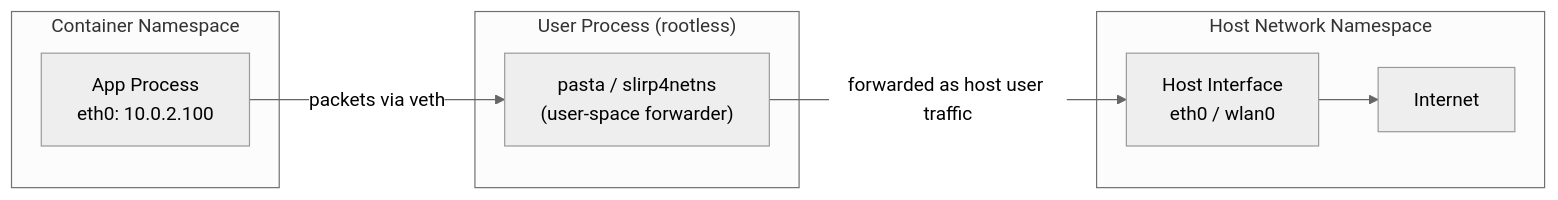
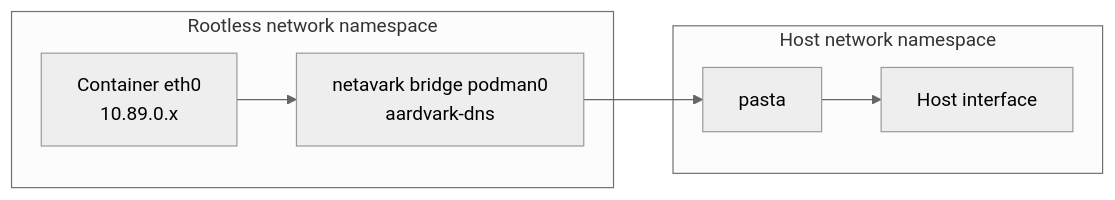
Before and after one commit to UncleJS/course_podman: the second of 5 diagrams in modules/06-networking.md, drawn with Mermaid (neutral theme). The commit also changed other lines of this file and 58 other files, not shown here.

````diff
--- a/modules/06-networking.md
+++ b/modules/06-networking.md
@@ -124,16 +130,14 @@
 ```mermaid
 flowchart LR
-    subgraph "Container Namespace"
-        C["App Process<br/>eth0: 10.0.2.100"]
+    subgraph "Rootless network namespace"
+        C["Container eth0<br/>10.89.0.x"]
+        BR["netavark bridge podman0<br/>aardvark-dns"]
     end
-    subgraph "User Process (rootless)"
-        P["pasta / slirp4netns<br/>(user-space forwarder)"]
+    subgraph "Host network namespace"
+        P["pasta"]
+        H["Host interface"]
     end
-    subgraph "Host Network Namespace"
-        H["Host Interface<br/>eth0 / wlan0"]
-        I["Internet"]
-    end
-    C -->|"packets via veth"| P
-    P -->|"forwarded as host user traffic"| H
-    H --> I
+    C --> BR
+    BR --> P
+    P --> H
 ```
````
